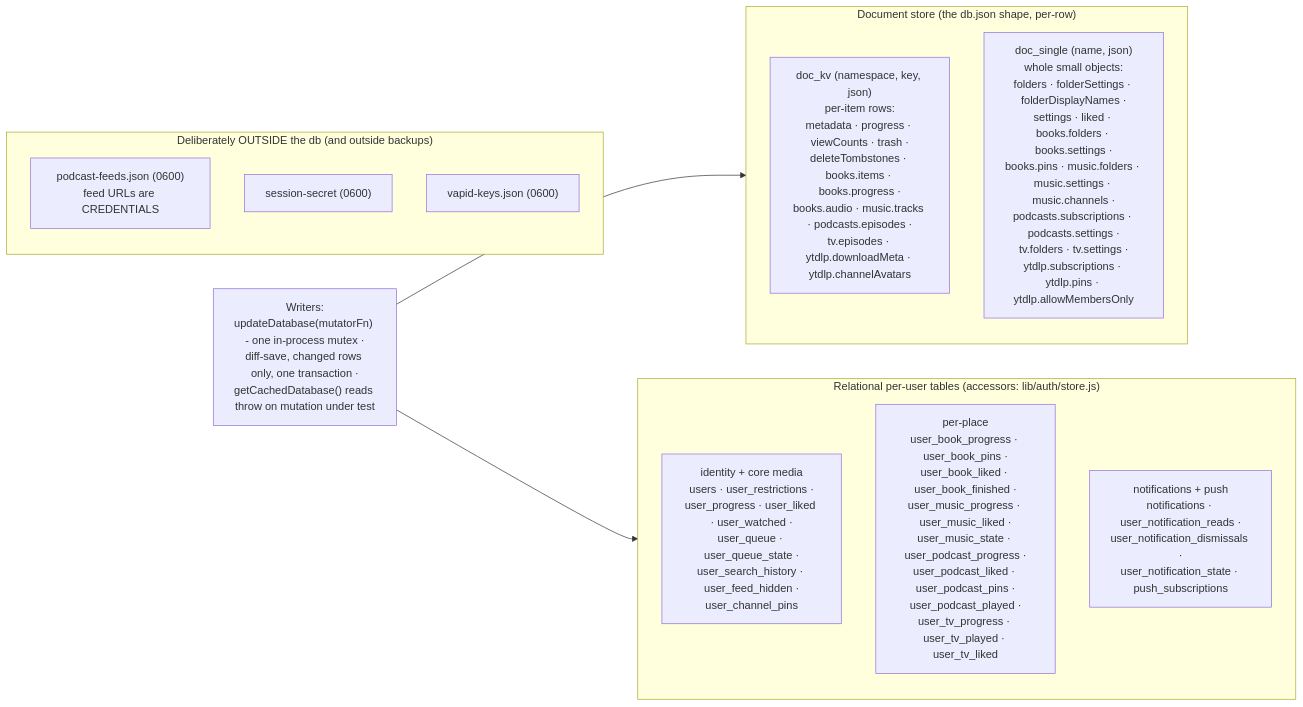
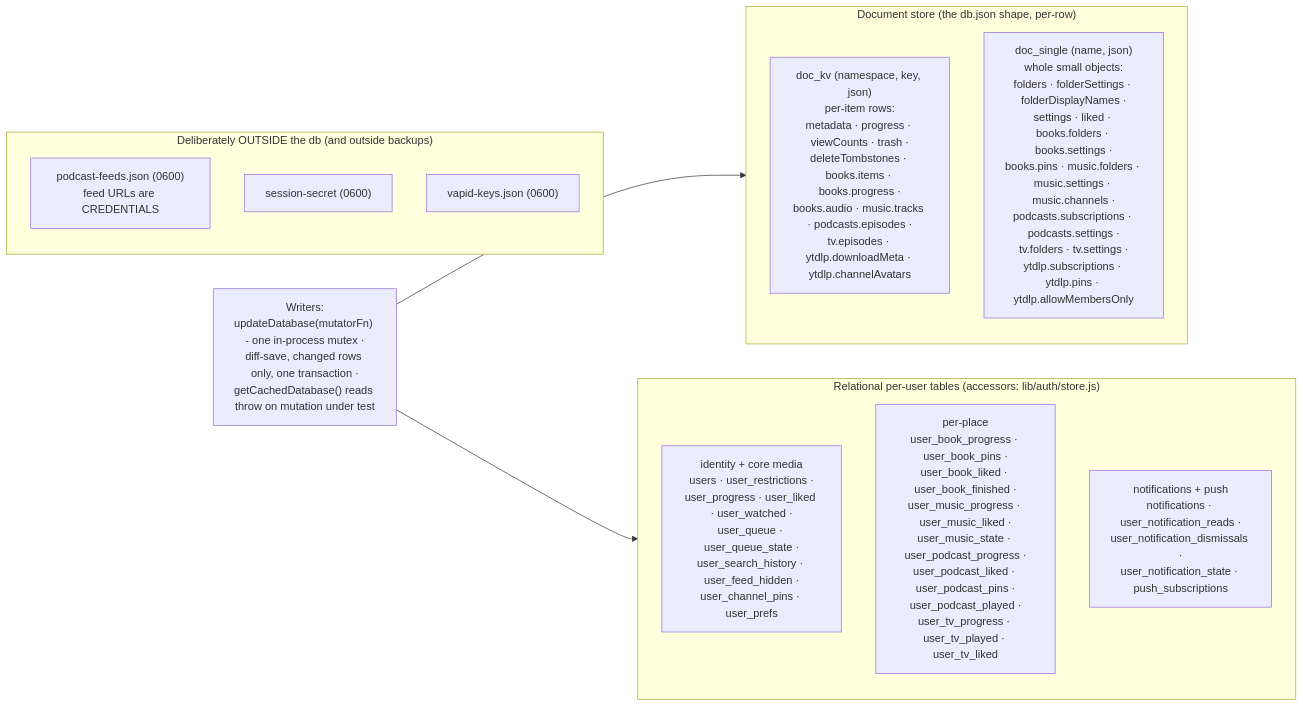
The second of 6 diagrams in docs/DIAGRAMS.md (dtammam/filetube), drawn with Mermaid before and after one commit. The commit also changed other lines of this file and 5 other files, not shown here.

````diff
--- a/docs/DIAGRAMS.md
+++ b/docs/DIAGRAMS.md
@@ -97,24 +97,24 @@
 ```mermaid
 flowchart LR
     subgraph DOC["Document store (the db.json shape, per-row)"]
         KV["doc_kv (namespace, key, json)<br/>per-item rows:<br/>metadata · progress · viewCounts · trash ·<br/>deleteTombstones · books.items · books.progress ·<br/>books.audio · music.tracks · podcasts.episodes ·<br/>tv.episodes · ytdlp.downloadMeta · ytdlp.channelAvatars"]
         SINGLE["doc_single (name, json)<br/>whole small objects:<br/>folders · folderSettings · folderDisplayNames ·<br/>settings · liked · books.folders · books.settings ·<br/>books.pins · music.folders · music.settings · music.channels ·<br/>podcasts.subscriptions · podcasts.settings ·<br/>tv.folders · tv.settings ·<br/>ytdlp.subscriptions · ytdlp.pins · ytdlp.allowMembersOnly"]
     end
 
     subgraph REL["Relational per-user tables (accessors: lib/auth/store.js)"]
-        CORE["identity + core media<br/>users · user_restrictions ·<br/>user_progress · user_liked · user_watched ·<br/>user_queue · user_queue_state ·<br/>user_search_history · user_feed_hidden ·<br/>user_channel_pins"]
+        CORE["identity + core media<br/>users · user_restrictions ·<br/>user_progress · user_liked · user_watched ·<br/>user_queue · user_queue_state ·<br/>user_search_history · user_feed_hidden ·<br/>user_channel_pins · user_prefs"]
         PLACEST["per-place<br/>user_book_progress · user_book_pins ·<br/>user_book_liked · user_book_finished ·<br/>user_music_progress · user_music_liked ·<br/>user_music_state · user_podcast_progress ·<br/>user_podcast_liked · user_podcast_pins ·<br/>user_podcast_played ·<br/>user_tv_progress · user_tv_played · user_tv_liked"]
         NOTIF["notifications + push<br/>notifications · user_notification_reads ·<br/>user_notification_dismissals ·<br/>user_notification_state · push_subscriptions"]
     end
 
     subgraph OUT["Deliberately OUTSIDE the db (and outside backups)"]
         FEEDS["podcast-feeds.json (0600)<br/>feed URLs are CREDENTIALS"]
         SS["session-secret (0600)"]
         VAPID["vapid-keys.json (0600)"]
     end
 
     WRITERS["Writers:<br/>updateDatabase(mutatorFn) - one in-process mutex ·<br/>diff-save, changed rows only, one transaction ·<br/>getCachedDatabase() reads throw on mutation under test"]
 
     WRITERS --> DOC
     WRITERS --> REL
 ```
````
